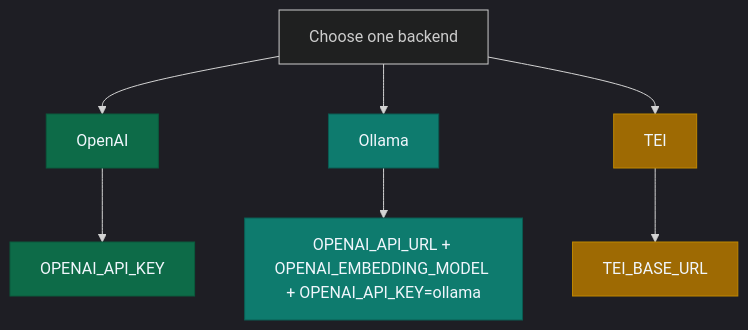
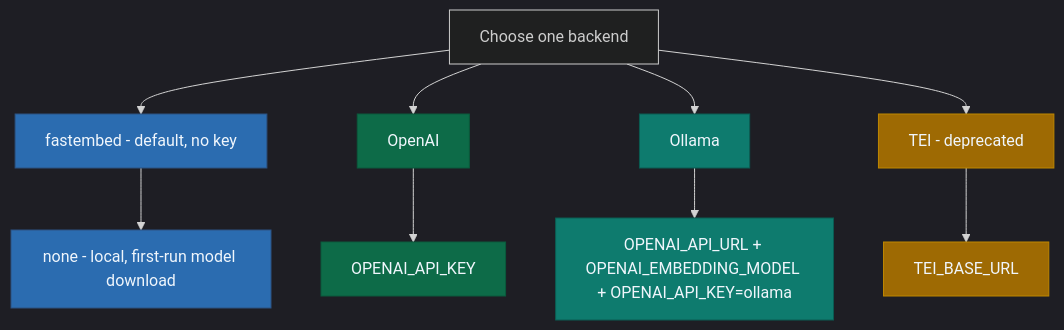
One commit to SquadRules/mcp changed the diagram in docs/install/prerequisites.md. Above: the diagram before and after it, drawn with Mermaid. The commit also changed other lines of this file and 20 other files, not shown here.

````diff
--- a/docs/install/prerequisites.md
+++ b/docs/install/prerequisites.md
@@ -88,18 +95,22 @@
 ```mermaid
 %%{init: {'theme': 'dark'}}%%
 flowchart TB
   Q[Choose one backend]
+  Q --> F[fastembed - default, no key]
   Q --> O[OpenAI]
   Q --> L[Ollama]
-  Q --> T[TEI]
+  Q --> T[TEI - deprecated]
+  F --> E0[none - local, first-run model download]
   O --> E1[OPENAI_API_KEY]
   L --> E2[OPENAI_API_URL + OPENAI_EMBEDDING_MODEL + OPENAI_API_KEY=ollama]
   T --> E3[TEI_BASE_URL]
 
   classDef a fill:#0d6b48,stroke:#0a5a3c,color:#f0f6fc
   classDef b fill:#0e7b6e,stroke:#0a5c52,color:#f0f6fc
   classDef c fill:#9e6a03,stroke:#bf8700,color:#f0f6fc
+  classDef d fill:#2b6cb0,stroke:#2c5282,color:#f0f6fc
+  class F,E0 d
   class O,E1 a
   class L,E2 b
   class T,E3 c
 ```
````
